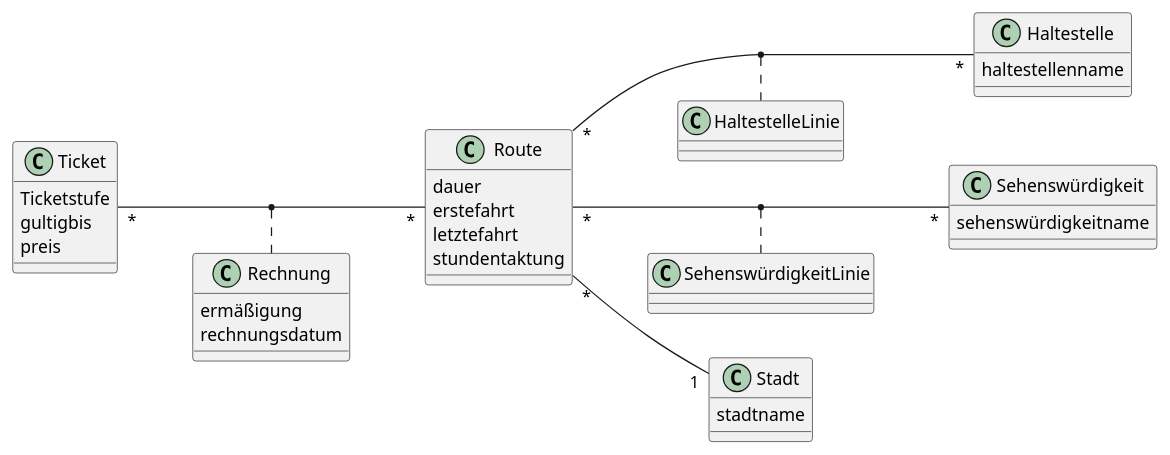
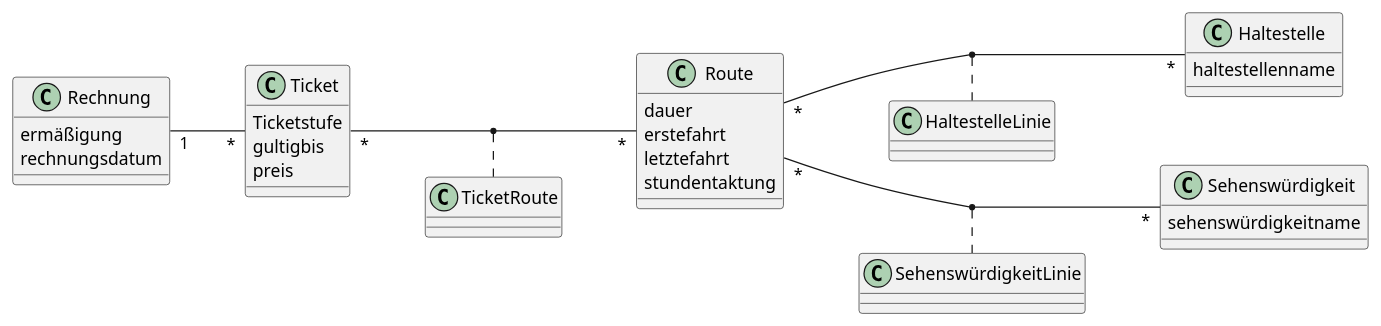
One commit to 2223-4bhitm-sew/01-microproject-eliasjust changed the diagram in asciidocs/index.adoc. Above: the diagram before and after it, drawn with PlantUML.

Commit message:
asciidoc changes

```diff
--- a/asciidocs/index.adoc
+++ b/asciidocs/index.adoc
@@ -5,50 +5,48 @@
 [plantuml, class-diagram, svg]
 ----
 @startuml
 left to right direction
 
 class Ticket{
 Ticketstufe
 gultigbis
 preis
 }
 
 class Route{
 dauer
 erstefahrt
 letztefahrt
 stundentaktung
 }
 class Rechnung{
 ermäßigung
 rechnungsdatum
 
 }
 
 class Haltestelle{
 haltestellenname
 }
 class Sehenswürdigkeit{
 sehenswürdigkeitname
 }
 class SehenswürdigkeitLinie{
 
 }
 class HaltestelleLinie{
 
 }
-class Stadt {
-stadtname
-}
 
+class TicketRoute{}
+Rechnung "1" -- "*" Ticket
 Ticket "*" -- "*" Route
-Route "*" -- "1" Stadt
 Route "*" -- "*" Haltestelle
 Route "*" -- "*" Sehenswürdigkeit
 
 
-(Route,Ticket) .. Rechnung
 (Route,Haltestelle) .. HaltestelleLinie
 (Route,Sehenswürdigkeit) .. SehenswürdigkeitLinie
+(Route,Ticket) .. TicketRoute
 @enduml
 ----
```
